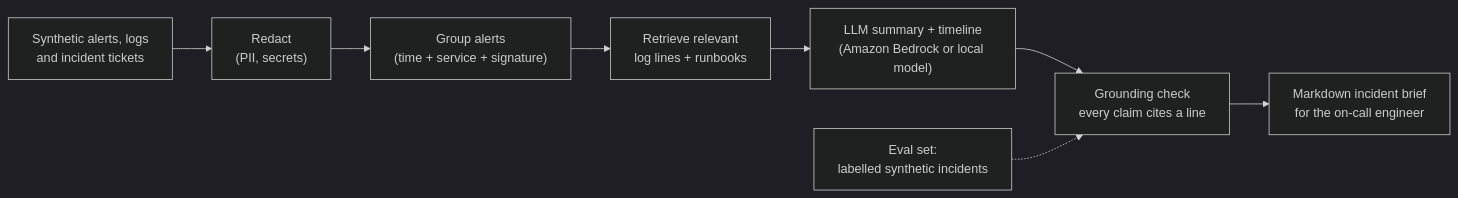
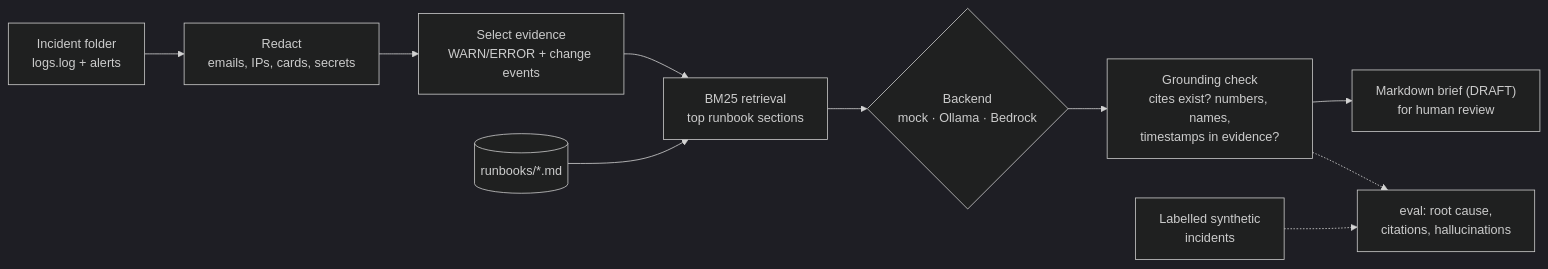
One commit to mahidhar-salla/aiops-incident-assistant changed the diagram in README.md. Above: the diagram before and after it, drawn with Mermaid (dark theme). The commit also changed other lines of this file and 6 other files, not shown here.

Commit message:
README v0.1: quick start, eval results (mock + local qwen2.5:1.5b), safety and cost notes, roadmap

````diff
--- a/README.md
+++ b/README.md
@@ -15,10 +19,12 @@
 ```mermaid
 flowchart LR
-    src["Synthetic alerts, logs<br/>and incident tickets"] --> redact["Redact<br/>(PII, secrets)"]
-    redact --> group["Group alerts<br/>(time + service + signature)"]
-    group --> retrieve["Retrieve relevant<br/>log lines + runbooks"]
-    retrieve --> llm["LLM summary + timeline<br/>(Amazon Bedrock or local model)"]
-    llm --> check["Grounding check<br/>every claim cites a line"]
-    check --> out["Markdown incident brief<br/>for the on-call engineer"]
-    eval["Eval set:<br/>labelled synthetic incidents"] -.-> check
+    src["Incident folder<br/>logs.log + alerts"] --> redact["Redact<br/>emails, IPs, cards, secrets"]
+    redact --> select["Select evidence<br/>WARN/ERROR + change events"]
+    rb[("runbooks/*.md")] --> retrieve["BM25 retrieval<br/>top runbook sections"]
+    select --> retrieve
+    retrieve --> backend{"Backend<br/>mock · Ollama · Bedrock"}
+    backend --> ground["Grounding check<br/>cites exist? numbers, names,<br/>timestamps in evidence?"]
+    ground --> brief["Markdown brief (DRAFT)<br/>for human review"]
+    labels["Labelled synthetic<br/>incidents"] -.-> eval["eval: root cause,<br/>citations, hallucinations"]
+    ground -.-> eval
 ```
````
